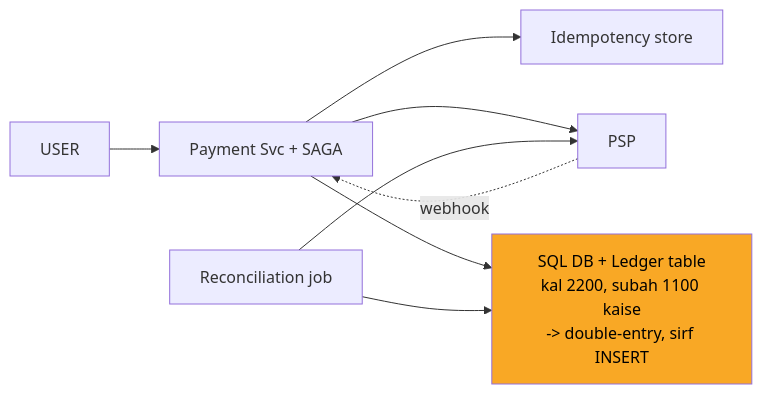
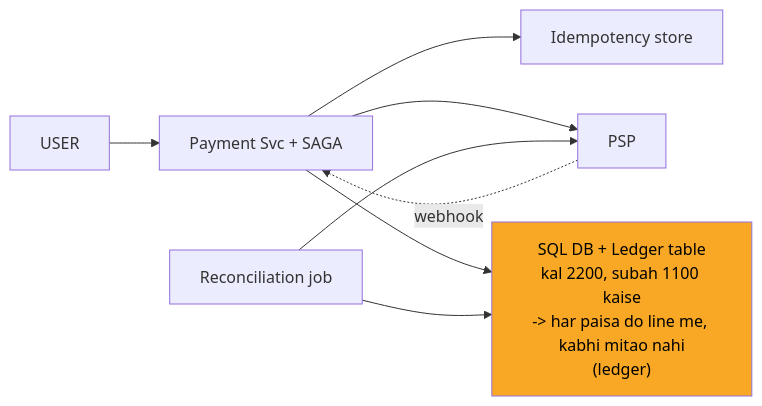
One commit to ArpanMaheshwari144/Prep changed the eighth of 12 diagrams in 04_HLD/SYSTEM_DESIGNS/06_payment_system/06_payment_system.md. Above: the diagram before and after it, drawn with Mermaid. The commit also changed other lines of this file and 13 other files, not shown here.

````diff
--- a/04_HLD/SYSTEM_DESIGNS/06_payment_system/06_payment_system.md
+++ b/04_HLD/SYSTEM_DESIGNS/06_payment_system/06_payment_system.md
@@ -297,17 +297,17 @@
 ```mermaid
 flowchart LR
     n_USER["USER"]
     n_Payment_Svc["Payment Svc + SAGA"]
     n_Idempotency_store["Idempotency store"]
     n_PSP["PSP"]
-    n_DB["SQL DB + Ledger table<br/>kal 2200, subah 1100 kaise<br/>-> double-entry, sirf INSERT"]
+    n_DB["SQL DB + Ledger table<br/>kal 2200, subah 1100 kaise<br/>-> har paisa do line me, kabhi mitao nahi<br/>(ledger)"]
     n_Reconciliation_job["Reconciliation job"]
     n_USER --> n_Payment_Svc
     n_Payment_Svc --> n_Idempotency_store
     n_Payment_Svc --> n_PSP
     n_Payment_Svc --> n_DB
     n_Reconciliation_job --> n_DB
     n_Reconciliation_job --> n_PSP
     n_PSP -.->|webhook| n_Payment_Svc
     style n_DB fill:#f9a825,color:#000
 ```
````
